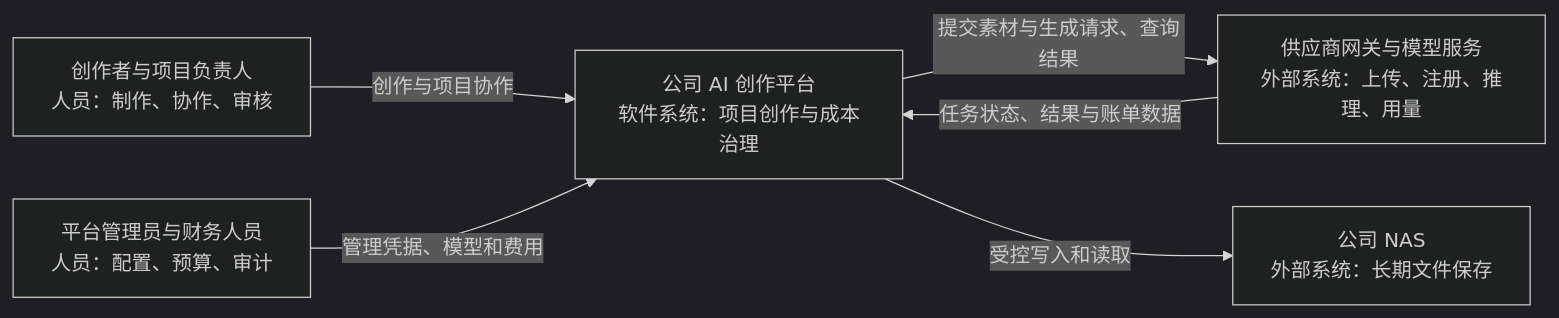
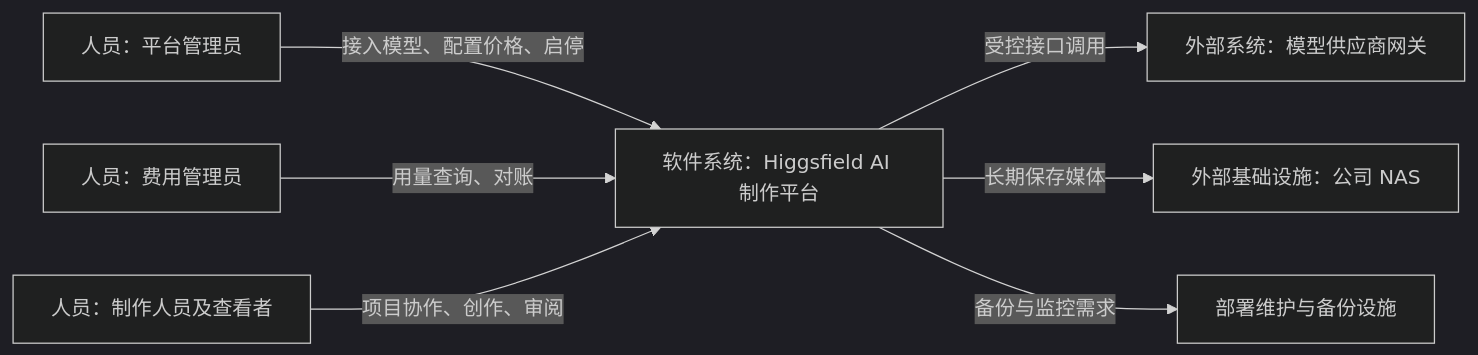
Before and after one commit to pleasureswx123/higgsfield: the first of 8 diagrams in docs/技术架构方案.md, drawn with Mermaid (dark theme). The commit also changed other lines of this file and 72 other files, not shown here.

````diff
--- a/docs/技术架构方案.md
+++ b/docs/技术架构方案.md
@@ -138,13 +25,9 @@
 ```mermaid
 flowchart LR
-    creator["创作者与项目负责人<br/>人员：制作、协作、审核"]
-    admin["平台管理员与财务人员<br/>人员：配置、预算、审计"]
-    platform["公司 AI 创作平台<br/>软件系统：项目创作与成本治理"]
-    supplier["供应商网关与模型服务<br/>外部系统：上传、注册、推理、用量"]
-    nas["公司 NAS<br/>外部系统：长期文件保存"]
-    creator -->|创作与项目协作| platform
-    admin -->|管理凭据、模型和费用| platform
-    platform -->|提交素材与生成请求、查询结果| supplier
-    platform -->|受控写入和读取| nas
-    supplier -->|任务状态、结果与账单数据| platform
+  PA[人员：平台管理员] -->|接入模型、配置价格、启停| SYS[软件系统：Higgsfield AI 制作平台]
+  FA[人员：费用管理员] -->|用量查询、对账| SYS
+  USER[人员：制作人员及查看者] -->|项目协作、创作、审阅| SYS
+  SYS -->|受控接口调用| GW[外部系统：模型供应商网关]
+  SYS -->|长期保存媒体| NAS[外部基础设施：公司 NAS]
+  SYS -->|备份与监控需求| OPS[部署维护与备份设施]
 ```
````
